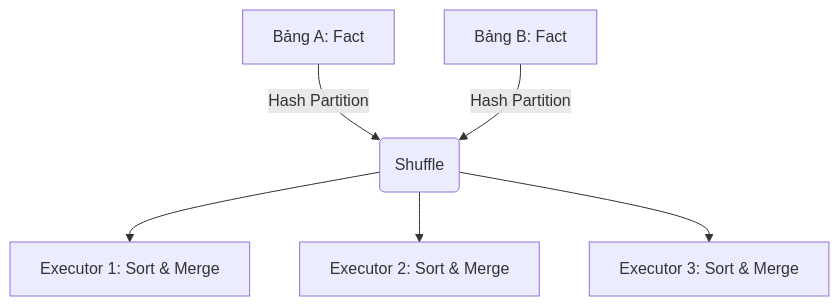
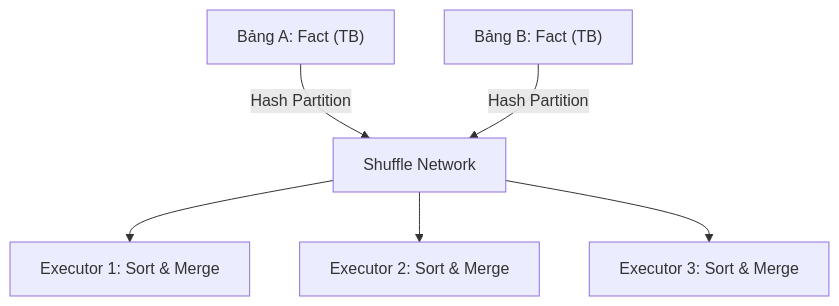
The diagram in src/content/docs/concepts/4-compute-engines-batch/distributed-joins-mechanisms.md (kythuatdulieu/kythuatdulieu.github.io), drawn with Mermaid before and after one commit. The commit also changed other lines of this file and 228 other files, not shown here.

Commit message:
Fix syntax and rewrite 200+ concepts docs to deep-dive system architecture and add GA4 tracking to quiz app

````diff
--- a/src/content/docs/concepts/4-compute-engines-batch/distributed-joins-mechanisms.md
+++ b/src/content/docs/concepts/4-compute-engines-batch/distributed-joins-mechanisms.md
@@ -41,8 +50,8 @@
 ```mermaid
 graph TD
-    A["Bảng A: Fact"] -->|Hash Partition| S1("Shuffle")
-    B["Bảng B: Fact"] -->|Hash Partition| S1
+    A["Bảng A: Fact (TB)"] -->|Hash Partition| S1["Shuffle Network"]
+    B["Bảng B: Fact (TB)"] -->|Hash Partition| S1
     S1 --> E1["Executor 1: Sort & Merge"]
     S1 --> E2["Executor 2: Sort & Merge"]
     S1 --> E3["Executor 3: Sort & Merge"]
 ```
````
